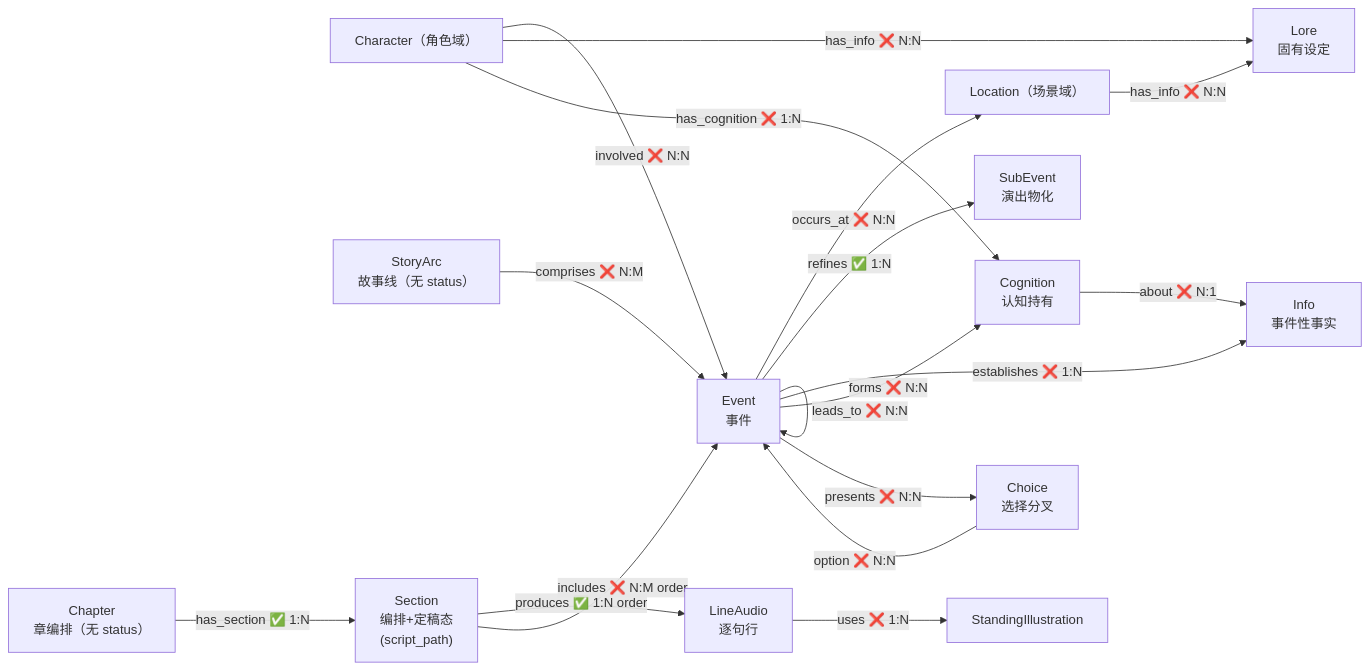
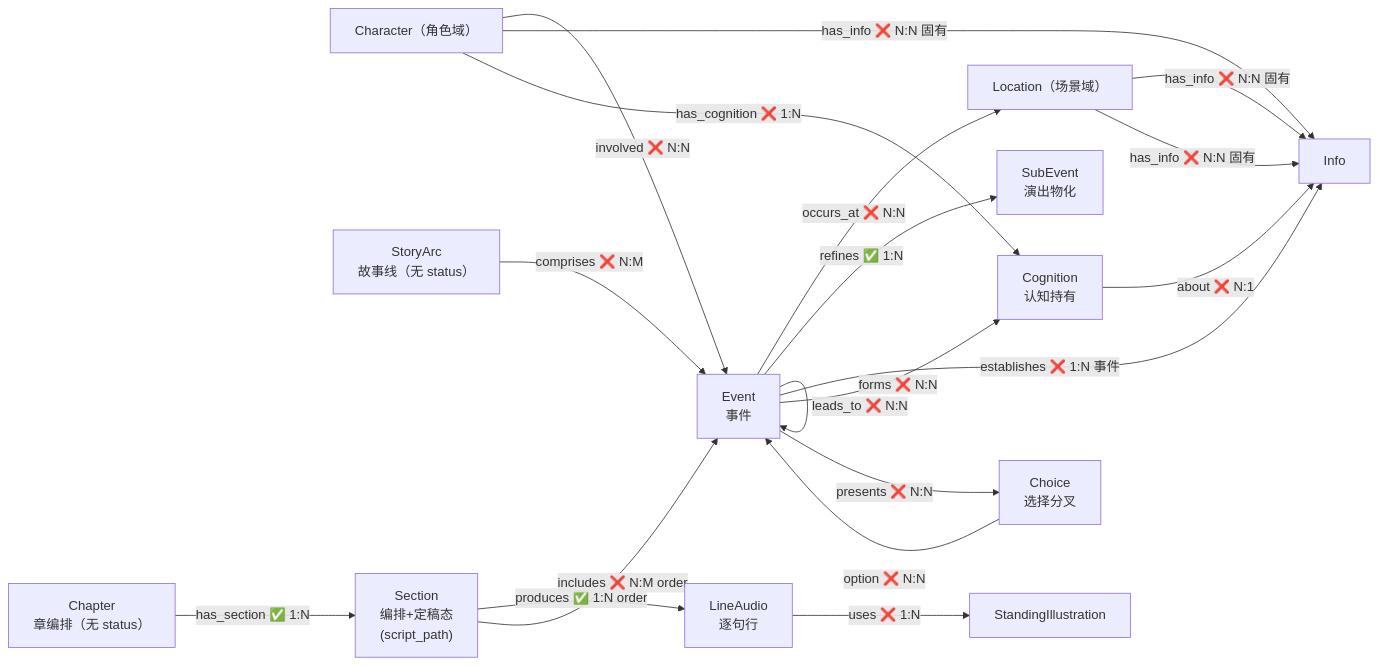
One commit to CrazyJinn/ProxyLove changed the second of 5 diagrams in 00_init/Schema总览.md. Above: the diagram before and after it, drawn with Mermaid. The commit also changed other lines of this file and 29 other files, not shown here.

````diff
--- a/00_init/Schema总览.md
+++ b/00_init/Schema总览.md
@@ -207,20 +205,21 @@
 ```mermaid
 flowchart LR
     Character["Character（角色域）"] -->|"involved ❌ N:N"| Event["Event<br/>事件"]
-    Character -->|"has_info ❌ N:N"| Lore["Lore<br/>固有设定"]
-    Location["Location（场景域）"] -->|"has_info ❌ N:N"| Lore
+    Character -->|"has_info ❌ N:N 固有"| Info
+    Location -->|"has_info ❌ N:N 固有"| Info
+    Location["Location（场景域）"] -->|"has_info ❌ N:N 固有"| Info
     Event -->|"occurs_at ❌ N:N"| Location
     Event -->|"refines ✅ 1:N"| SubEvent["SubEvent<br/>演出物化"]
-    Event -->|"establishes ❌ 1:N"| Info["Info<br/>事件性事实"]
+    Event -->|"establishes ❌ 1:N 事件"| Info
     Character -->|"has_cognition ❌ 1:N"| Cog["Cognition<br/>认知持有"]
     Cog -->|"about ❌ N:1"| Info
     Event -->|"forms ❌ N:N"| Cog
     Event -->|"leads_to ❌ N:N"| Event
     StoryArc["StoryArc<br/>故事线（无 status）"] -->|"comprises ❌ N:M"| Event
     Event -->|"presents ❌ N:N"| Choice["Choice<br/>选择分叉"]
     Choice -->|"option ❌ N:N"| Event
     Chapter["Chapter<br/>章编排（无 status）"] -->|"has_section ✅ 1:N"| Section["Section<br/>编排+定稿态<br/>(script_path)"]
     Section -->|"produces ✅ 1:N order"| Line["LineAudio<br/>逐句行"]
     Section -->|"includes ❌ N:M order"| Event
     Line -->|"uses ❌ 1:N"| Stand["StandingIllustration"]
 ```
````
